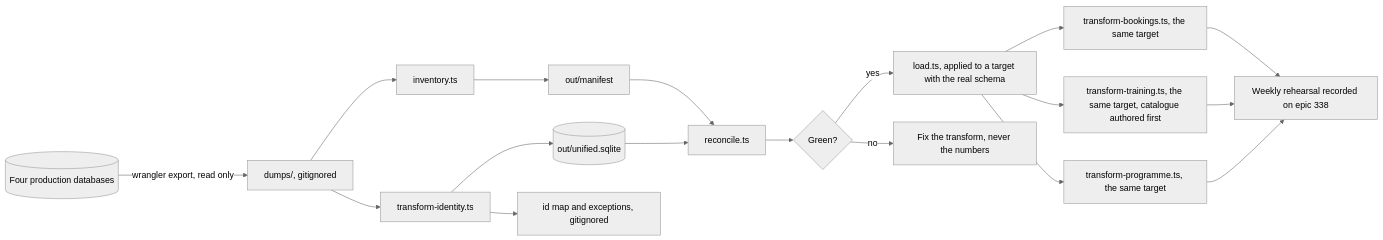
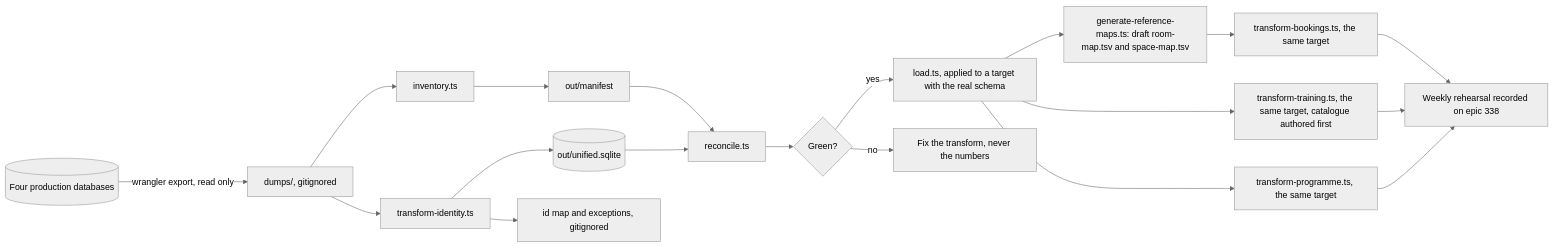
Before and after one commit to newtheatre/proscenium: the diagram in migration/README.md, drawn with Mermaid (neutral theme). The commit also changed other lines of this file and 4 other files, not shown here.

````diff
--- a/migration/README.md
+++ b/migration/README.md
@@ -14,19 +14,20 @@
 ```mermaid
 flowchart LR
   P[(Four production databases)] -- wrangler export, read only --> D[dumps/, gitignored]
   D --> I[inventory.ts] --> M[out/manifest]
   D --> T[transform-identity.ts]
   T --> U[(out/unified.sqlite)]
   T --> X[id map and exceptions, gitignored]
   M --> R[reconcile.ts]
   U --> R
   R --> G{Green?}
   G -- yes --> L[load.ts, applied to a target with the real schema]
-  L --> B[transform-bookings.ts, the same target]
+  L --> GRM[generate-reference-maps.ts: draft room-map.tsv and space-map.tsv]
+  GRM --> B[transform-bookings.ts, the same target]
   L --> TR[transform-training.ts, the same target, catalogue authored first]
   L --> N[transform-programme.ts, the same target]
   B --> W[Weekly rehearsal recorded on epic 338]
   TR --> W
   N --> W
   G -- no --> F[Fix the transform, never the numbers]
 ```
````
